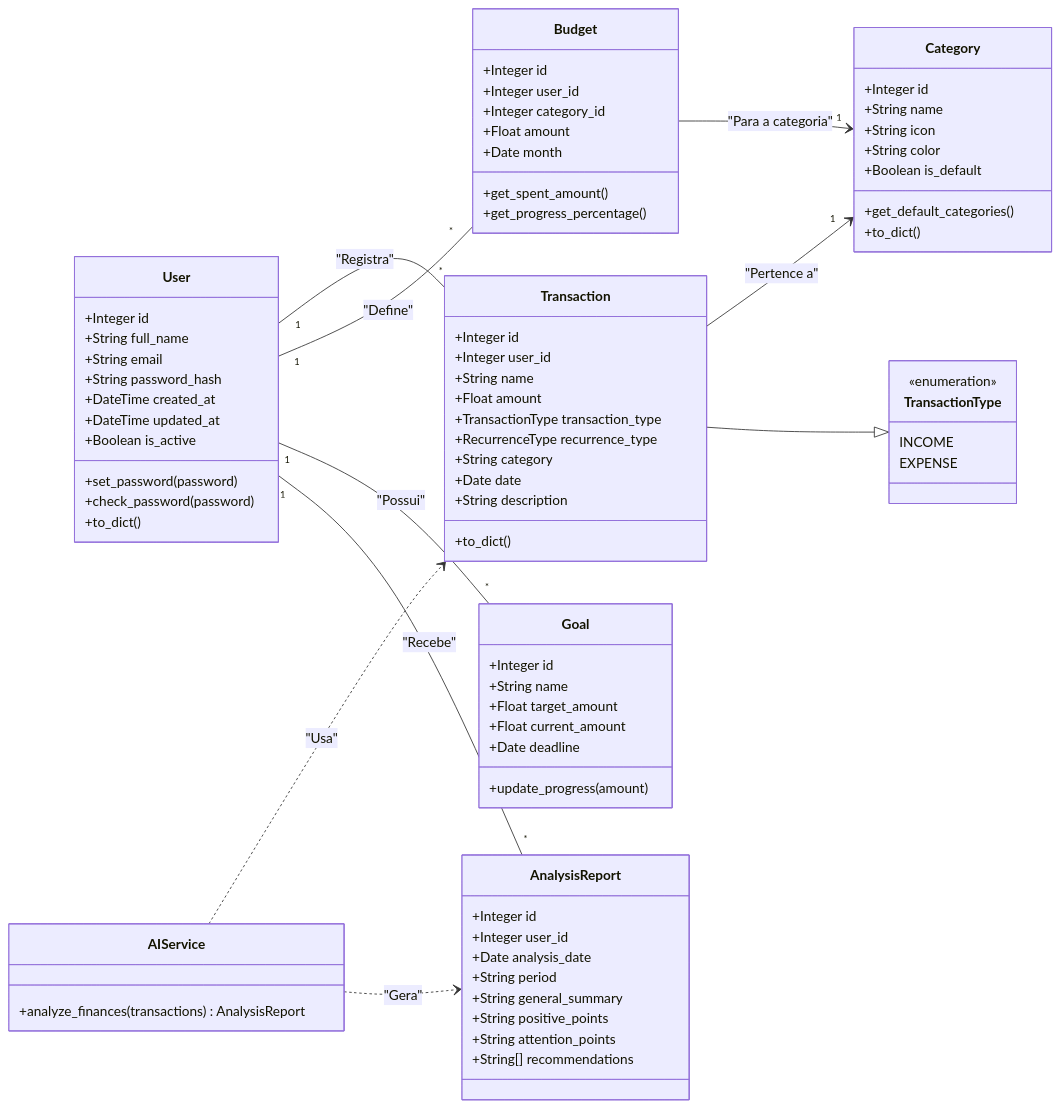
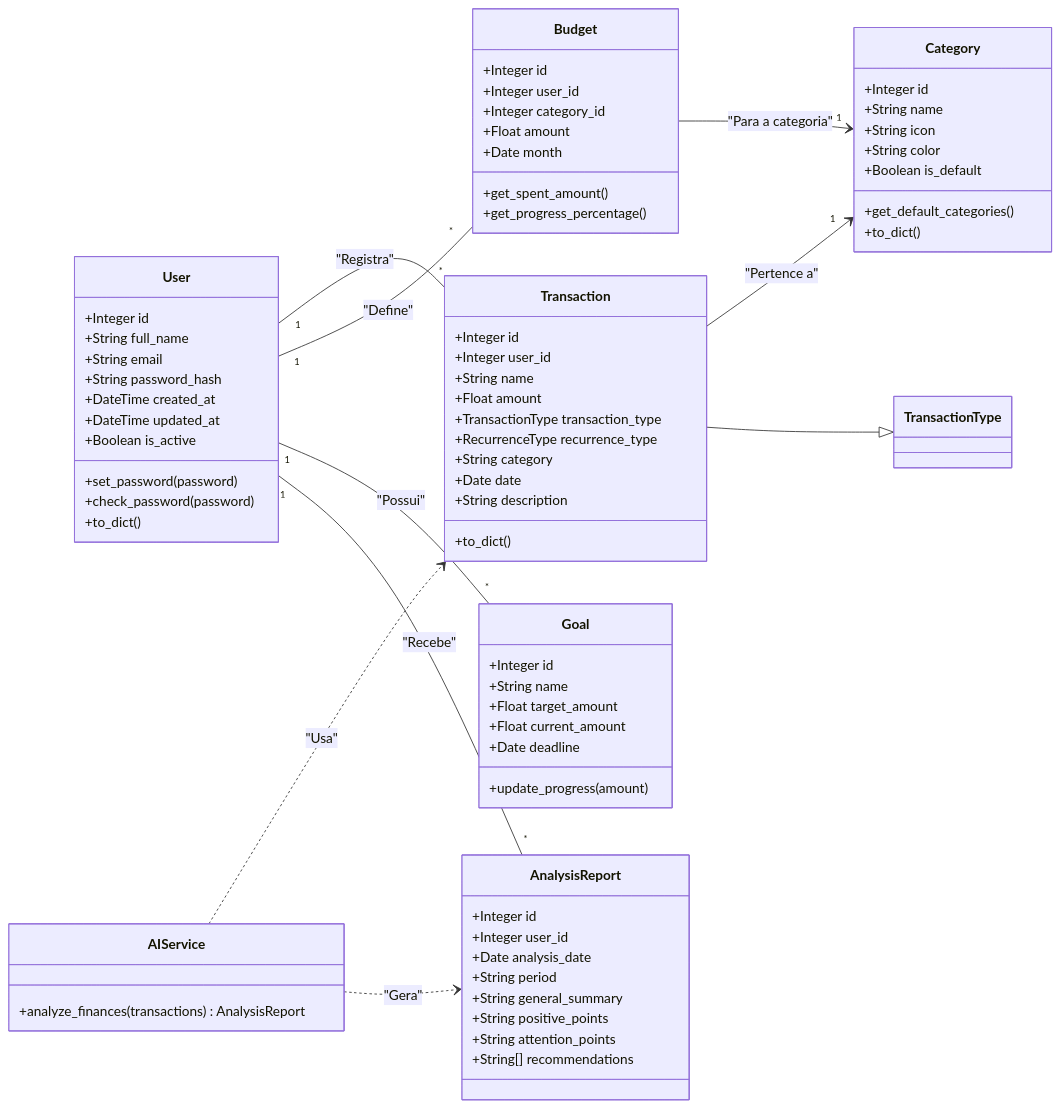
One commit to AntFe/CashMind---FrontEnd changed the diagram in README.md. Above: the diagram before and after it, drawn with Mermaid.

Commit message:
retirando enumerate do uml

```diff
--- a/README.md
+++ b/README.md
@@ -120,12 +120,6 @@
         +analyze_finances(transactions) AnalysisReport
     }
 
-    class TransactionType {
-        <<enumeration>>
-        INCOME
-        EXPENSE
-    }
-
     User "1" -- " *" Transaction : "Registra"
     User "1" -- " *" Budget : "Define"
     User "1" -- " *" Goal : "Possui"
```
